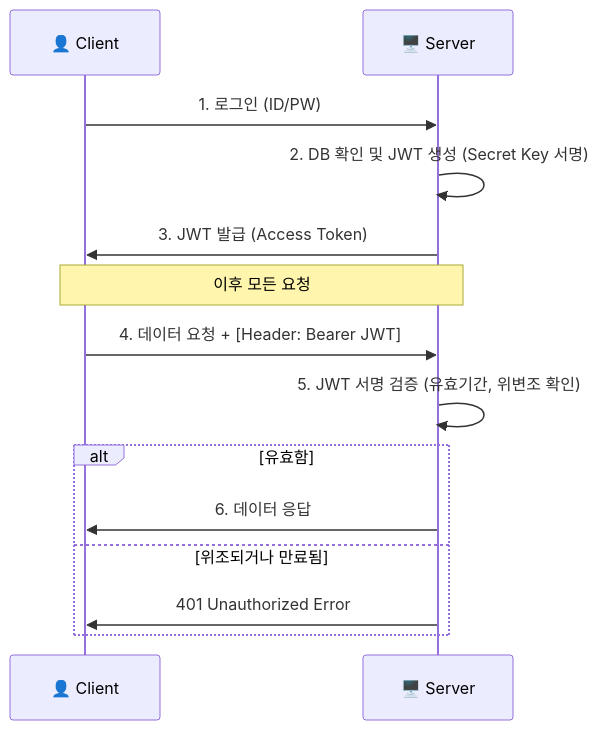
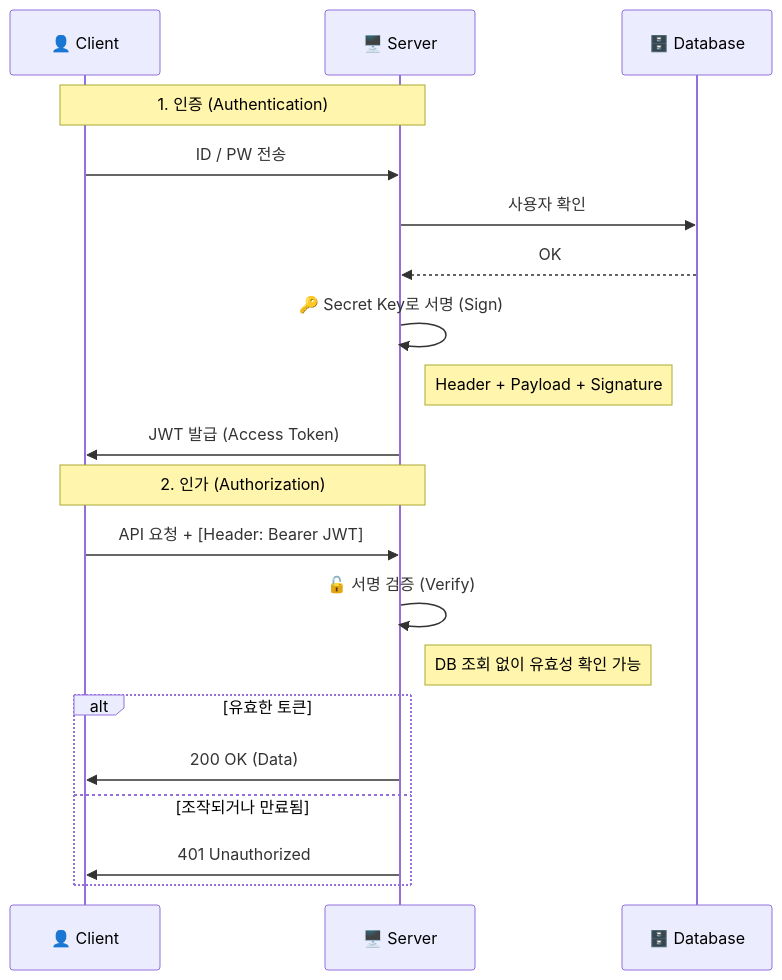
Before and after one commit to thseo4813/Study-Notes: the third of 4 diagrams in 04-system-design/auth-oauth/README.md, drawn with Mermaid. The commit also changed other lines of this file and 21 other files, not shown here.

````diff
--- a/04-system-design/auth-oauth/README.md
+++ b/04-system-design/auth-oauth/README.md
@@ -254,20 +249,26 @@
 ```mermaid
 sequenceDiagram
     participant User as 👤 Client
     participant Server as 🖥️ Server
+    participant DB as 🗄️ Database
 
-    User->>Server: 1. 로그인 (ID/PW)
-    Server->>Server: 2. DB 확인 및 JWT 생성 (Secret Key 서명)
-    Server->>User: 3. JWT 발급 (Access Token)
+    Note over User, Server: 1. 인증 (Authentication)
+    User->>Server: ID / PW 전송
+    Server->>DB: 사용자 확인
+    DB-->>Server: OK
+    Server->>Server: 🔑 Secret Key로 서명 (Sign)
+    Note right of Server: Header + Payload + Signature
+    Server->>User: JWT 발급 (Access Token)
+
+    Note over User, Server: 2. 인가 (Authorization)
+    User->>Server: API 요청 + [Header: Bearer JWT]
     
-    Note over User, Server: 이후 모든 요청
+    Server->>Server: 🔓 서명 검증 (Verify)
+    Note right of Server: DB 조회 없이 유효성 확인 가능
     
-    User->>Server: 4. 데이터 요청 + [Header: Bearer JWT]
-    Server->>Server: 5. JWT 서명 검증 (유효기간, 위변조 확인)
-    alt 유효함
-        Server->>User: 6. 데이터 응답
-    else 위조되거나 만료됨
-        Server->>User: 401 Unauthorized Error
+    alt 유효한 토큰
+        Server->>User: 200 OK (Data)
+    else 조작되거나 만료됨
+        Server->>User: 401 Unauthorized
     end
-
 ```
````
